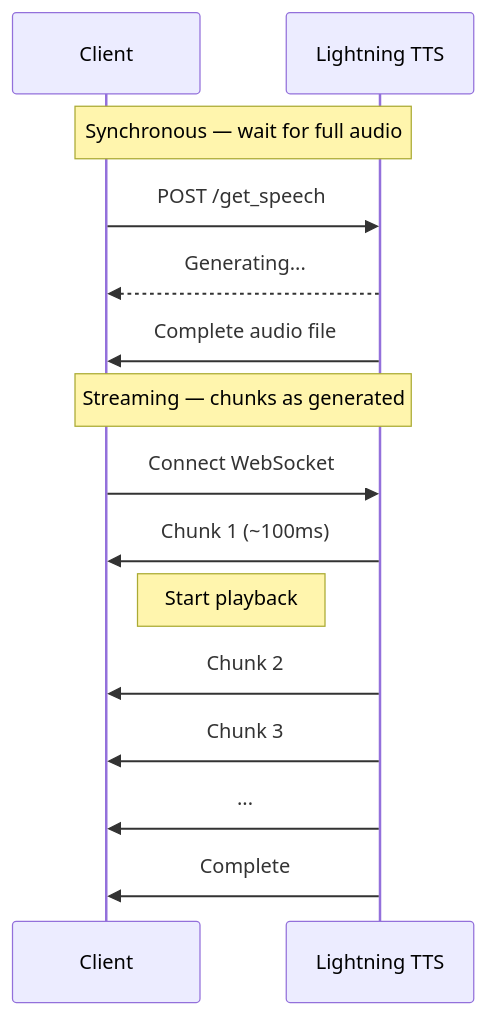
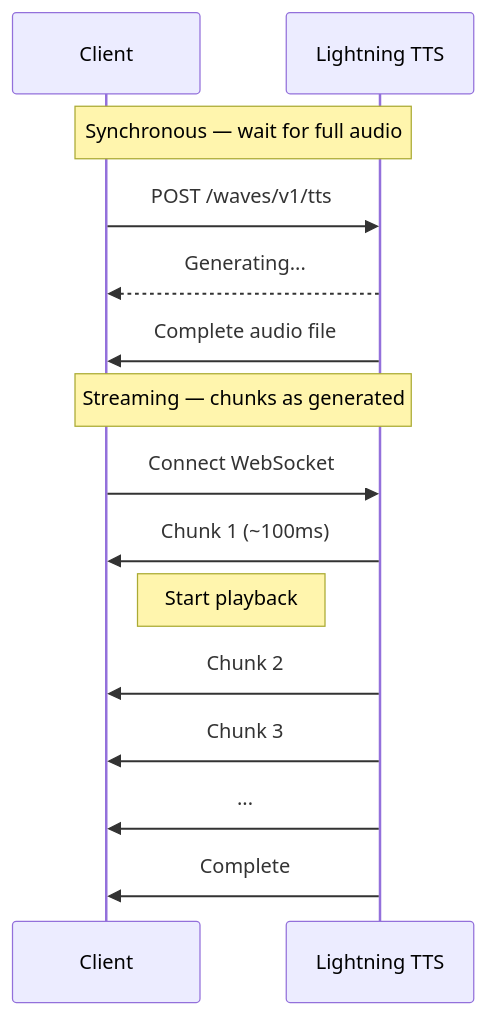
One commit to smallest-inc/smallest-ai-documentation changed the diagram in fern/products/waves/versions/v4.0.0/text-to-speech/stream-tts.mdx. Above: the diagram before and after it, drawn with Mermaid. The commit also changed other lines of this file and 46 other files, not shown here.

````diff
--- a/fern/products/waves/versions/v4.0.0/text-to-speech/stream-tts.mdx
+++ b/fern/products/waves/versions/v4.0.0/text-to-speech/stream-tts.mdx
@@ -17,18 +17,18 @@
 ```mermaid
 sequenceDiagram
     participant Client
     participant API as Lightning TTS
     Note over Client,API: Synchronous — wait for full audio
-    Client->>API: POST /get_speech
+    Client->>API: POST /waves/v1/tts
     API-->>Client: Generating...
     API->>Client: Complete audio file
 
     Note over Client,API: Streaming — chunks as generated
     Client->>API: Connect WebSocket
     API->>Client: Chunk 1 (~100ms)
     Note right of Client: Start playback
     API->>Client: Chunk 2
     API->>Client: Chunk 3
     API->>Client: ...
     API->>Client: Complete
 ```
````
